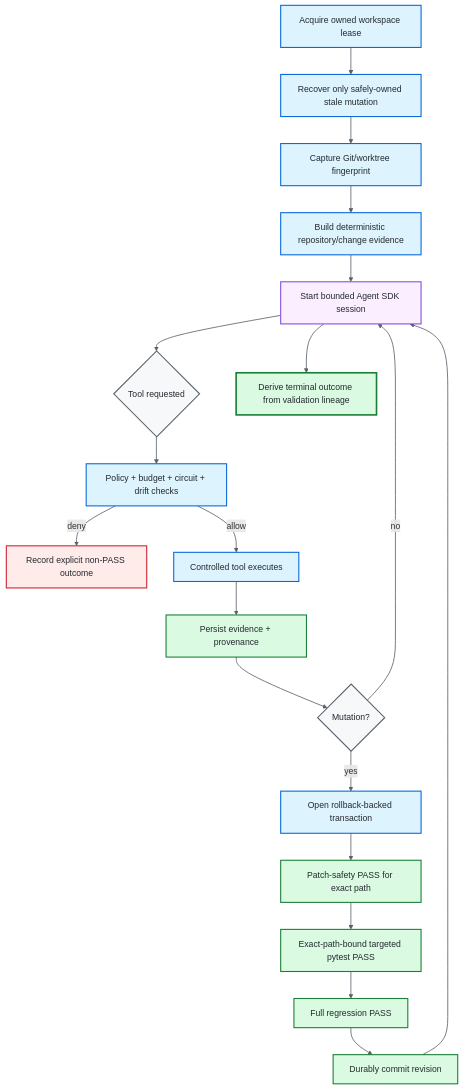
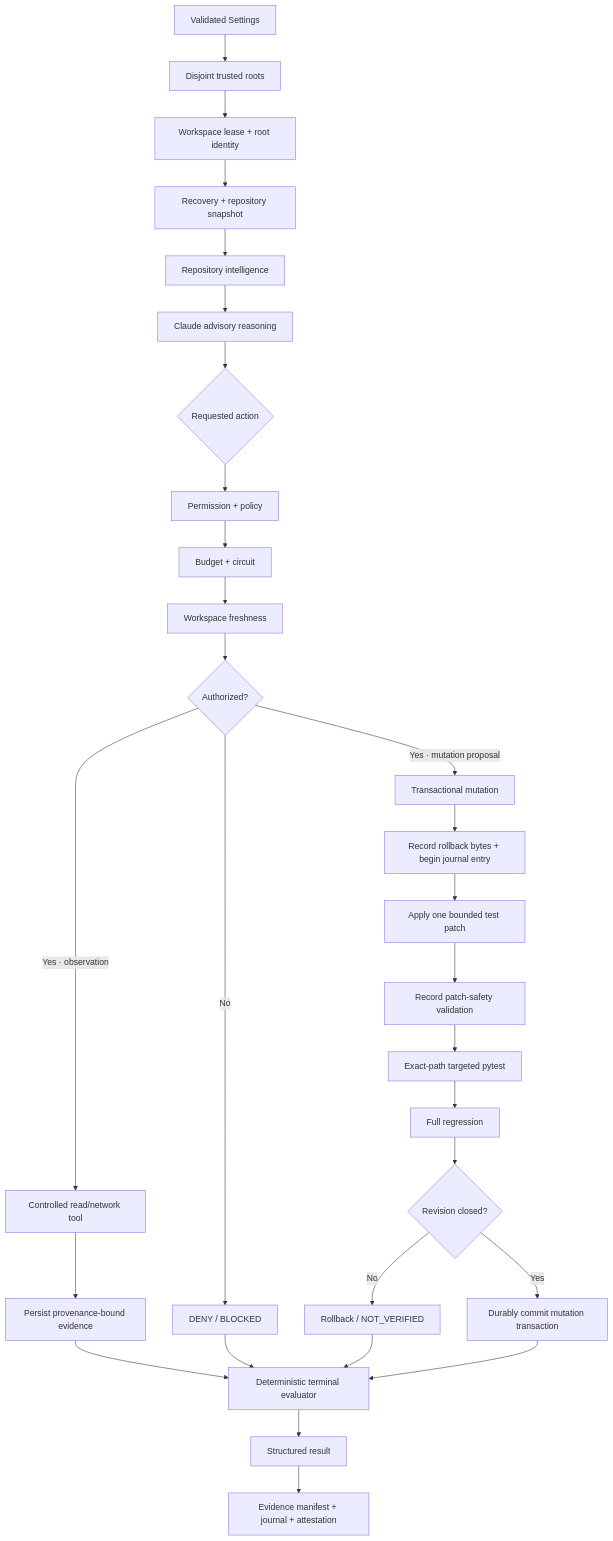
Before and after one commit to portyu9/ai-qa-automation: the third of 4 diagrams in README.md, drawn with Mermaid. The commit also changed other lines of this file, not shown here.

````diff
--- a/README.md
+++ b/README.md
@@ -343,39 +303,40 @@
 ```mermaid
 flowchart TD
-    accTitle: Evidence-first runtime lifecycle with transactional mutation closure
-    accDescr: The runtime acquires and validates workspace ownership, builds deterministic evidence, starts bounded advisory reasoning, authorizes every tool request, persists provenance, and requires exact-path patch safety, targeted pytest, and full regression before a mutated revision can persist.
+    accTitle: Production runtime authority flow
+    accDescr: Startup validates trusted roots and acquires a workspace lease. A deterministic snapshot and repository intelligence are captured. Claude reasons over bounded context. Every requested action passes through permission, policy, budget, circuit, and freshness checks. Controlled tools persist evidence. Mutations require rollback-backed transaction closure. Deterministic validation derives terminal truth and the run emits a structured report and attestation.
 
-    A[Acquire owned workspace lease] --> B[Recover only safely-owned stale mutation]
-    B --> C[Capture Git/worktree fingerprint]
-    C --> D[Build deterministic repository/change evidence]
-    D --> E[Start bounded Agent SDK session]
-    E --> F{Tool requested}
-    F --> G[Policy + budget + circuit + drift checks]
-    G -->|deny| H[Record explicit non-PASS outcome]
-    G -->|allow| I[Controlled tool executes]
-    I --> J[Persist evidence + provenance]
-    J --> K{Mutation?}
-    K -->|no| E
-    K -->|yes| L[Open rollback-backed transaction]
-    L --> M[Patch-safety PASS for exact path]
-    M --> N[Exact-path-bound targeted pytest PASS]
-    N --> O[Full regression PASS]
-    O --> P[Durably commit revision]
-    P --> E
-    E --> Q[Derive terminal outcome from validation lineage]
+    A[Validated Settings] --> B[Disjoint trusted roots]
+    B --> C[Workspace lease + root identity]
+    C --> D[Recovery + repository snapshot]
+    D --> E[Repository intelligence]
+    E --> F[Claude advisory reasoning]
+    F --> G{Requested action}
 
-    classDef control fill:#ddf4ff,stroke:#0969da,color:#24292f,stroke-width:2px
-    classDef advisory fill:#fbefff,stroke:#8250df,color:#24292f,stroke-width:2px
-    classDef decision fill:#f6f8fa,stroke:#57606a,color:#24292f,stroke-width:2px
-    classDef denied fill:#ffebe9,stroke:#cf222e,color:#24292f,stroke-width:2px
-    classDef evidence fill:#dafbe1,stroke:#1a7f37,color:#24292f,stroke-width:2px
-    classDef terminal fill:#dafbe1,stroke:#1a7f37,color:#24292f,stroke-width:3px
+    G --> H[Permission + policy]
+    H --> I[Budget + circuit]
+    I --> J[Workspace freshness]
+    J --> K{Authorized?}
 
-    class A,B,C,D,G,I,L control
-    class E advisory
-    class F,K decision
-    class H denied
-    class J,M,N,O,P evidence
-    class Q terminal
-    linkStyle default stroke:#57606a,stroke-width:1.5px
+    K -->|No| L[DENY / BLOCKED]
+    K -->|Yes · observation| M[Controlled read/network tool]
+    K -->|Yes · mutation proposal| N[Transactional mutation]
+
+    M --> O[Persist provenance-bound evidence]
+
+    N --> P[Record rollback bytes + begin journal entry]
+    P --> Q[Apply one bounded test patch]
+    Q --> R[Record patch-safety validation]
+    R --> S[Exact-path targeted pytest]
+    S --> T[Full regression]
+    T --> U{Revision closed?}
+    U -->|No| V[Rollback / NOT_VERIFIED]
+    U -->|Yes| W[Durably commit mutation transaction]
+
+    O --> X[Deterministic terminal evaluator]
+    L --> X
+    V --> X
+    W --> X
+
+    X --> Y[Structured result]
+    Y --> Z[Evidence manifest + journal + attestation]
 ```
````
